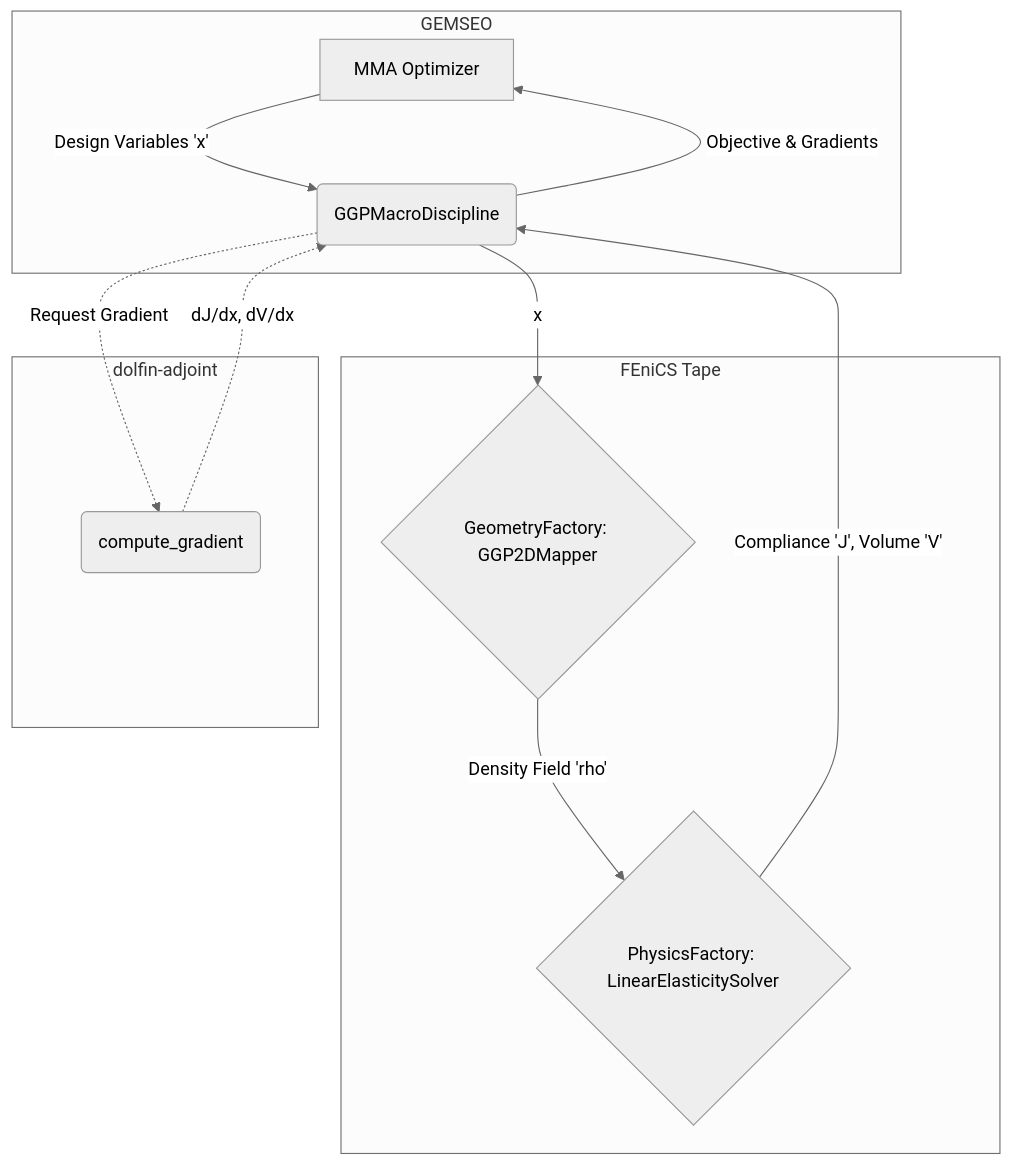
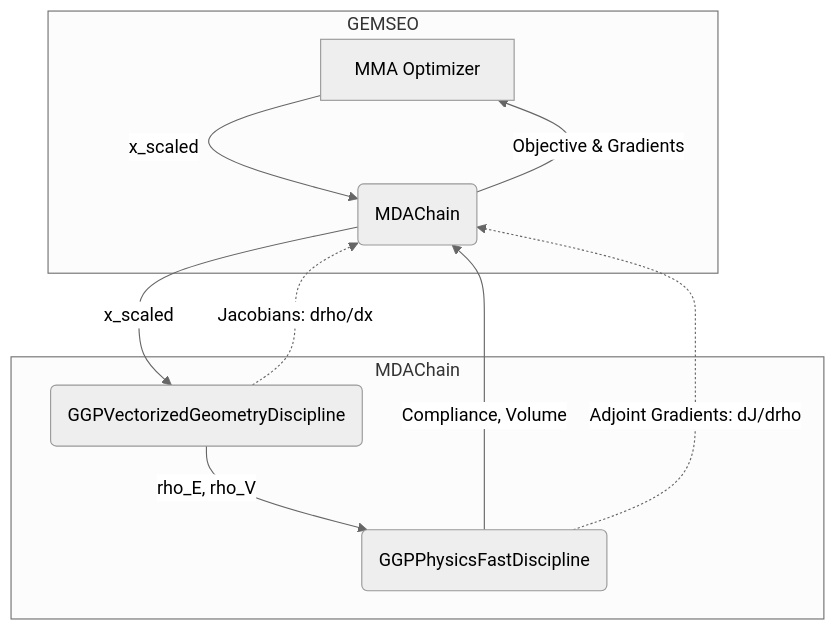
Before and after one commit to SimoneConiglio/generalized_geometry_projection: the diagram in docs/developer_guide.rst, drawn with Mermaid (neutral theme). The commit also changed other lines of this file and 13 other files, not shown here.

Commit message:
feat: implement high-performance modular fast architecture and validate baseline reproduction. Update docs.

```diff
--- a/docs/developer_guide.rst
+++ b/docs/developer_guide.rst
@@ -30,20 +30,17 @@
 .. mermaid::
     :align: center
 
     graph TD
         subgraph GEMSEO
-            A[MMA Optimizer] -->|Design Variables 'x'| B(GGPMacroDiscipline)
+            A[MMA Optimizer] -->|x_scaled| B(MDAChain)
+            B -->|Objective & Gradients| A
         end
         
-        subgraph FEniCS Tape
-            B -->|x| C{GeometryFactory: GGP2DMapper}
-            C -->|Density Field 'rho'| D{PhysicsFactory: LinearElasticitySolver}
-            D -->|Compliance 'J', Volume 'V'| B
+        subgraph MDAChain
+            B -->|x_scaled| C(GGPVectorizedGeometryDiscipline)
+            C -->|rho_E, rho_V| D(GGPPhysicsFastDiscipline)
+            D -->|Compliance, Volume| B
+            
+            C -.->|Jacobians: drho/dx| B
+            D -.->|Adjoint Gradients: dJ/drho| B
         end
-        
-        subgraph dolfin-adjoint
-            B -.->|Request Gradient| E(compute_gradient)
-            E -.->|dJ/dx, dV/dx| B
-        end
-        
-        B -->|Objective & Gradients| A
```
